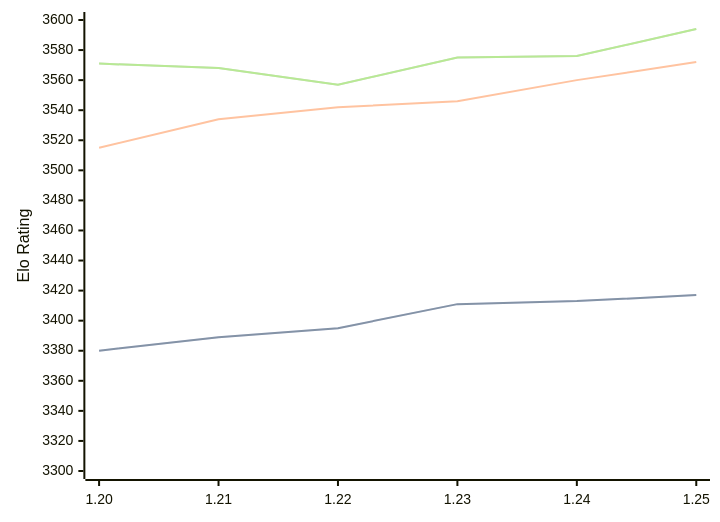
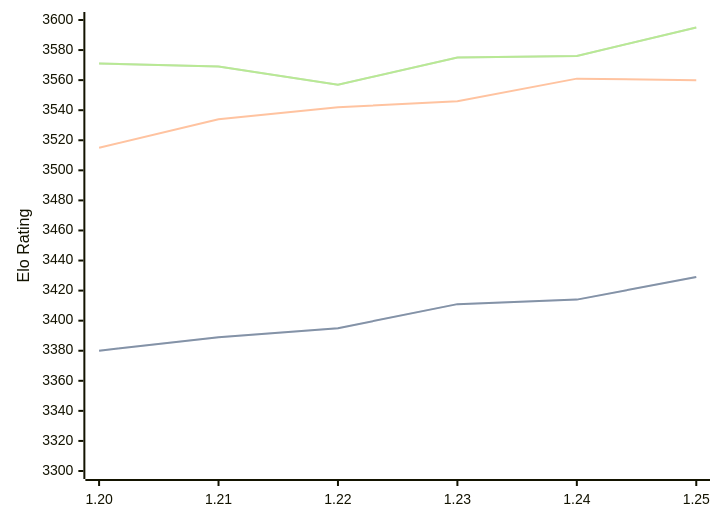
Before and after one commit to computer-chess-index/cci: the diagram in engines/Caissa.md, drawn with Mermaid. The commit also changed other lines of this file, not shown here.

Commit message:
Update CCI Ratings (ELO VLTC) - 2026-04-07

````diff
--- a/engines/Caissa.md
+++ b/engines/Caissa.md
@@ -65,11 +65,11 @@
 ```mermaid
 %%{init: {"theme":"base","themeVariables":{"seriesColors:['#a3a3a3','#222221','#faa371']}}}%%
 xychart-beta
   x-axis ["1.20", "1.21", "1.22", "1.23", "1.24", "1.25"]
   y-axis "Elo Rating" 3300 --> 3600
-  line "STC (8.0+0.08s)" [3380, 3389, 3395, 3411, 3413, 3417]
-  line "STC (8.0+0.08s)" [3380, 3389, 3395, 3411, 3413, 3417]
-  line "LTC (60.0+0.60s)" [3515, 3534, 3542, 3546, 3560, 3572]
-  line "VLTC (2m24s+1.12s)" [3571, 3568, 3557, 3575, 3576, 3594]
-  line "VLTC (2m24s+1.12s)" [3571, 3568, 3557, 3575, 3576, 3594]
+  line "STC (8.0+0.08s)" [3380, 3389, 3395, 3411, 3414, 3429]
+  line "STC (8.0+0.08s)" [3380, 3389, 3395, 3411, 3414, 3429]
+  line "LTC (60.0+0.60s)" [3515, 3534, 3542, 3546, 3561, 3560]
+  line "VLTC (2m24s+1.12s)" [3571, 3569, 3557, 3575, 3576, 3595]
+  line "VLTC (2m24s+1.12s)" [3571, 3569, 3557, 3575, 3576, 3595]
 ```
````
